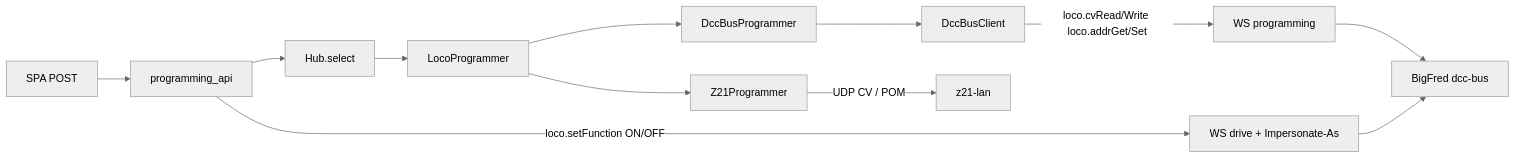
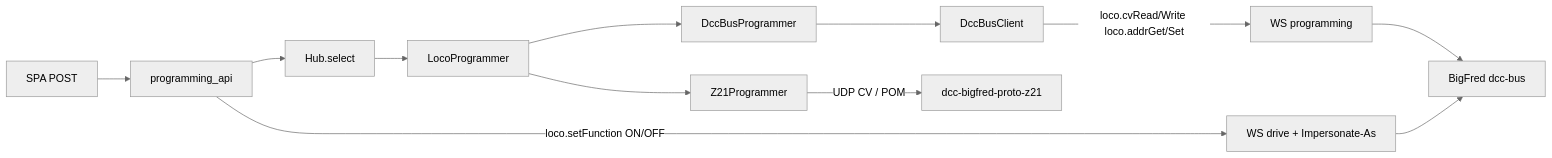
Before and after one commit to dcc-bigfred/bigfred-wizard: the third of 3 diagrams in ARCHITECTURE.md, drawn with Mermaid (neutral theme). The commit also changed other lines of this file and 9 other files, not shown here.

First line of the commit message:
Cut over Z21 programming to dcc-bigfred-proto-z21.

````diff
--- a/ARCHITECTURE.md
+++ b/ARCHITECTURE.md
@@ -269,14 +274,14 @@
 ```mermaid
 flowchart LR
     SPA["SPA POST"] --> API["programming_api"]
     API --> Hub["Hub.select"]
     Hub --> Trait["LocoProgrammer"]
     Trait --> DccP["DccBusProgrammer"]
     Trait --> Z21P["Z21Programmer"]
     DccP --> Dcc["DccBusClient"]
     Dcc -->|"loco.cvRead/Write loco.addrGet/Set"| Prog["WS programming"]
     API -->|"loco.setFunction ON/OFF"| Drive["WS drive + Impersonate-As"]
-    Z21P -->|"UDP CV / POM"| Lan["z21-lan"]
+    Z21P -->|"UDP CV / POM"| Lan["dcc-bigfred-proto-z21"]
     Prog --> BF["BigFred dcc-bus"]
     Drive --> BF
 ```
````
